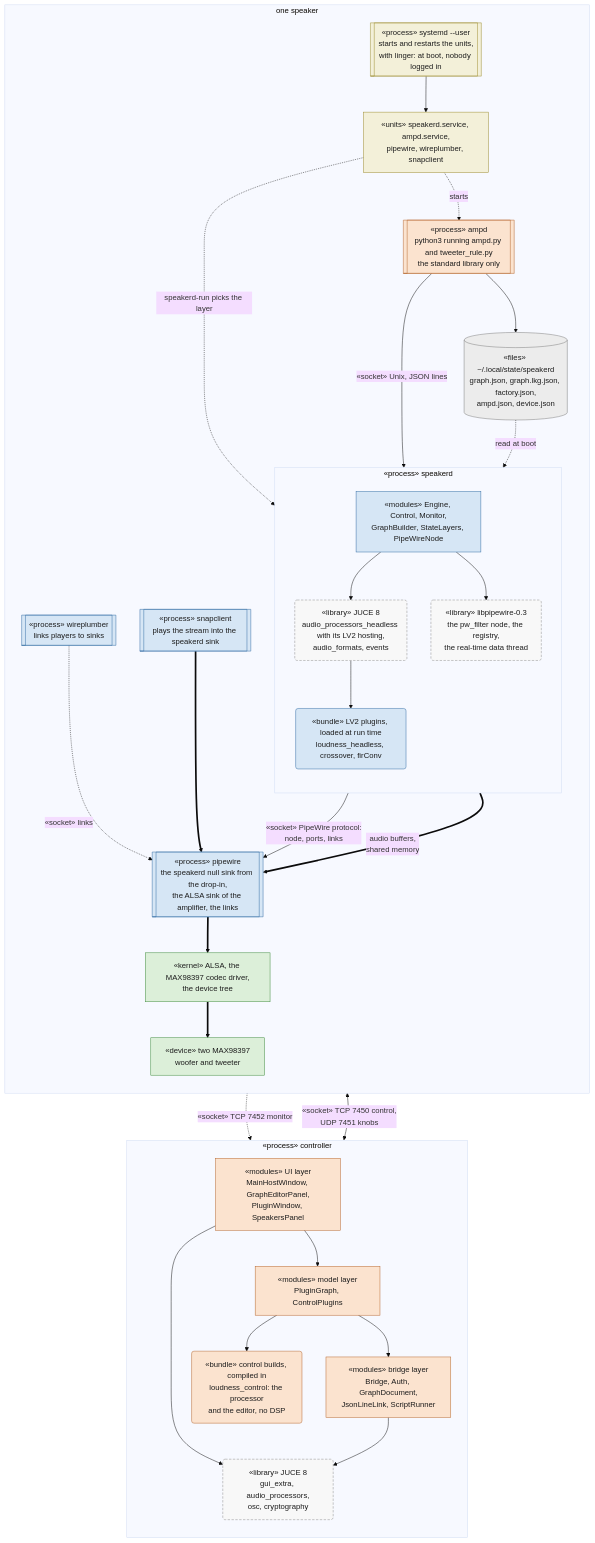
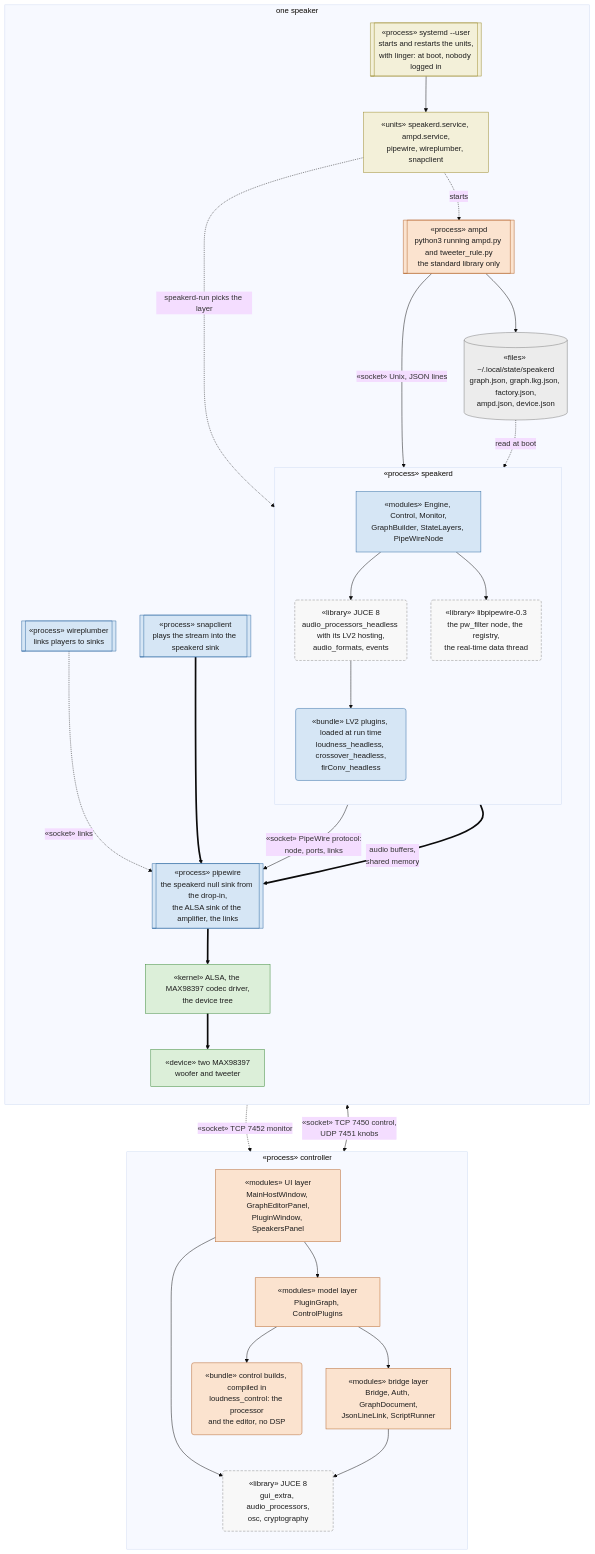
Before and after one commit to AMuszkat/bpi_amp_platform: diagram 13 of 19 in docs/remote-plugin-host.md, drawn with Mermaid (base theme). The commit also changed other lines of this file and 20 other files, not shown here.

````diff
--- a/docs/remote-plugin-host.md
+++ b/docs/remote-plugin-host.md
@@ -1168,59 +1169,59 @@
 ```mermaid
 flowchart TB
     classDef ctl fill:#fbe3cf,stroke:#b4642a,color:#1d1d1d
     classDef aud fill:#d6e6f5,stroke:#2f6aa3,color:#1d1d1d
     classDef sto fill:#ececec,stroke:#7a7a7a,color:#1d1d1d
     classDef hw fill:#dcefd9,stroke:#3d8a3a,color:#1d1d1d
     classDef sys fill:#f3f0d9,stroke:#9a8a2a,color:#1d1d1d
     classDef lib fill:#f8f8f8,stroke:#8a8a8a,color:#1d1d1d,stroke-dasharray:5 3
 
     subgraph DESK["«process» controller"]
         direction TB
         ui["«modules» UI layer<br/>MainHostWindow, GraphEditorPanel,<br/>PluginWindow, SpeakersPanel"]:::ctl
         model["«modules» model layer<br/>PluginGraph, ControlPlugins"]:::ctl
         bridge["«modules» bridge layer<br/>Bridge, Auth, GraphDocument,<br/>JsonLineLink, ScriptRunner"]:::ctl
         cb("«bundle» control builds, compiled in<br/>loudness_control: the processor<br/>and the editor, no DSP"):::ctl
         jucec("«library» JUCE 8<br/>gui_extra, audio_processors,<br/>osc, cryptography"):::lib
         ui --> model --> bridge
         model --> cb
         ui --> jucec
         bridge --> jucec
     end
 
     subgraph SPK["one speaker"]
         direction TB
         systemd[["«process» systemd --user<br/>starts and restarts the units,<br/>with linger: at boot, nobody logged in"]]:::sys
         units["«units» speakerd.service, ampd.service,<br/>pipewire, wireplumber, snapclient"]:::sys
         ampd[["«process» ampd<br/>python3 running ampd.py and tweeter_rule.py<br/>the standard library only"]]:::ctl
         files[("«files» ~/.local/state/speakerd<br/>graph.json, graph.lkg.json, factory.json,<br/>ampd.json, device.json")]:::sto
         subgraph SD["«process» speakerd"]
             direction TB
             sdm["«modules» Engine, Control, Monitor,<br/>GraphBuilder, StateLayers, PipeWireNode"]:::aud
             jucesd("«library» JUCE 8<br/>audio_processors_headless with its LV2 hosting,<br/>audio_formats, events"):::lib
             libpw("«library» libpipewire-0.3<br/>the pw_filter node, the registry,<br/>the real-time data thread"):::lib
-            lv2("«bundle» LV2 plugins, loaded at run time<br/>loudness_headless, crossover, firConv"):::aud
+            lv2("«bundle» LV2 plugins, loaded at run time<br/>loudness_headless, crossover_headless,<br/>firConv_headless"):::aud
             sdm --> jucesd --> lv2
             sdm --> libpw
         end
         pw[["«process» pipewire<br/>the speakerd null sink from the drop-in,<br/>the ALSA sink of the amplifier, the links"]]:::aud
         wp[["«process» wireplumber<br/>links players to sinks"]]:::aud
         snap[["«process» snapclient<br/>plays the stream into the speakerd sink"]]:::aud
         kern["«kernel» ALSA, the MAX98397 codec driver,<br/>the device tree"]:::hw
         amp["«device» two MAX98397<br/>woofer and tweeter"]:::hw
 
         systemd --> units
         units -. "speakerd-run picks the layer" .-> sdm
         units -. "starts" .-> ampd
         ampd -- "«socket» Unix, JSON lines" --> sdm
         ampd --> files
         files -. "read at boot" .-> sdm
         libpw -- "«socket» PipeWire protocol:<br/>node, ports, links" --> pw
         libpw == "audio buffers,<br/>shared memory" ==> pw
         wp -. "«socket» links" .-> pw
         snap ==> pw
         pw ==> kern ==> amp
     end
 
     bridge <-- "«socket» TCP 7450 control,<br/>UDP 7451 knobs" --> ampd
     ampd -. "«socket» TCP 7452 monitor" .-> bridge
 ```
````
